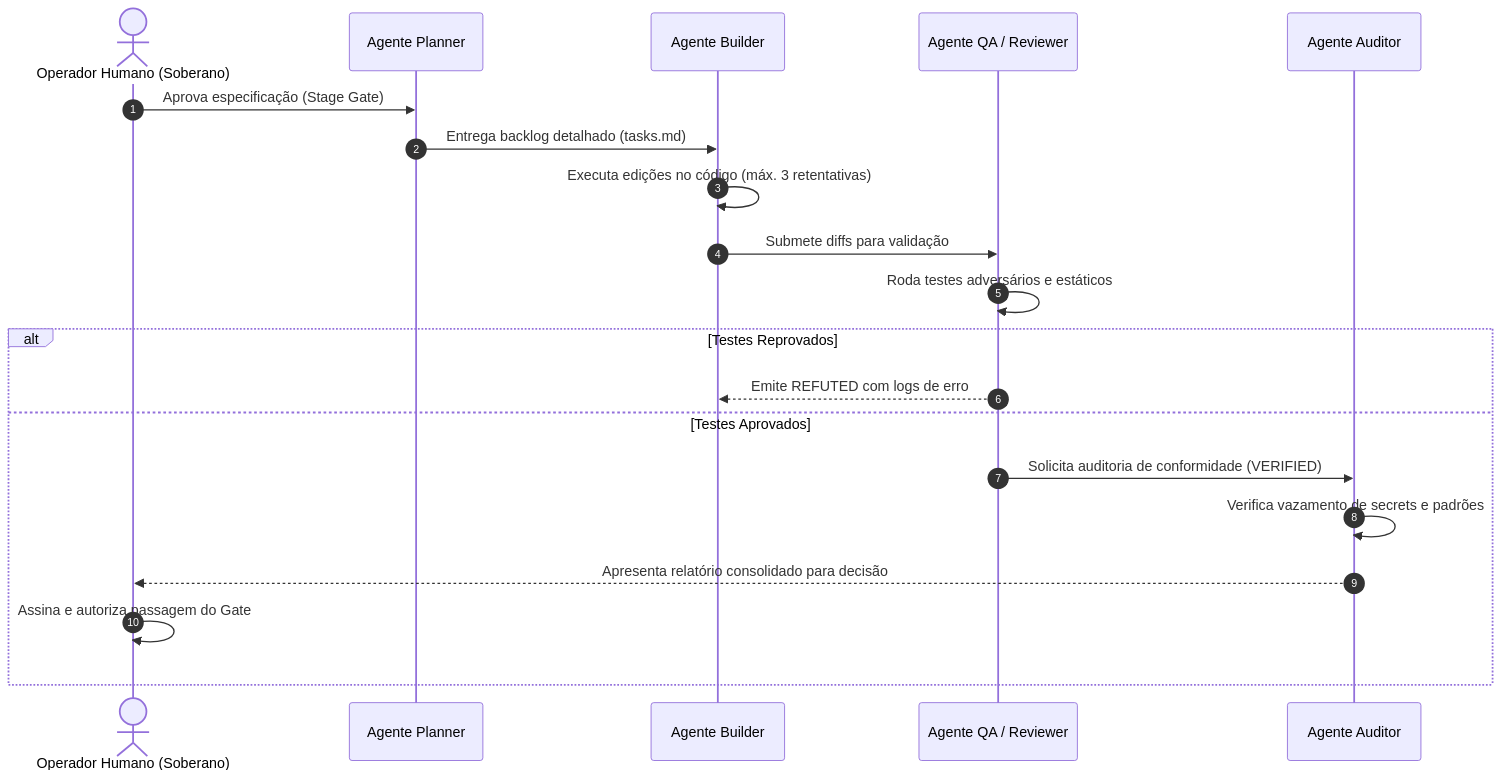
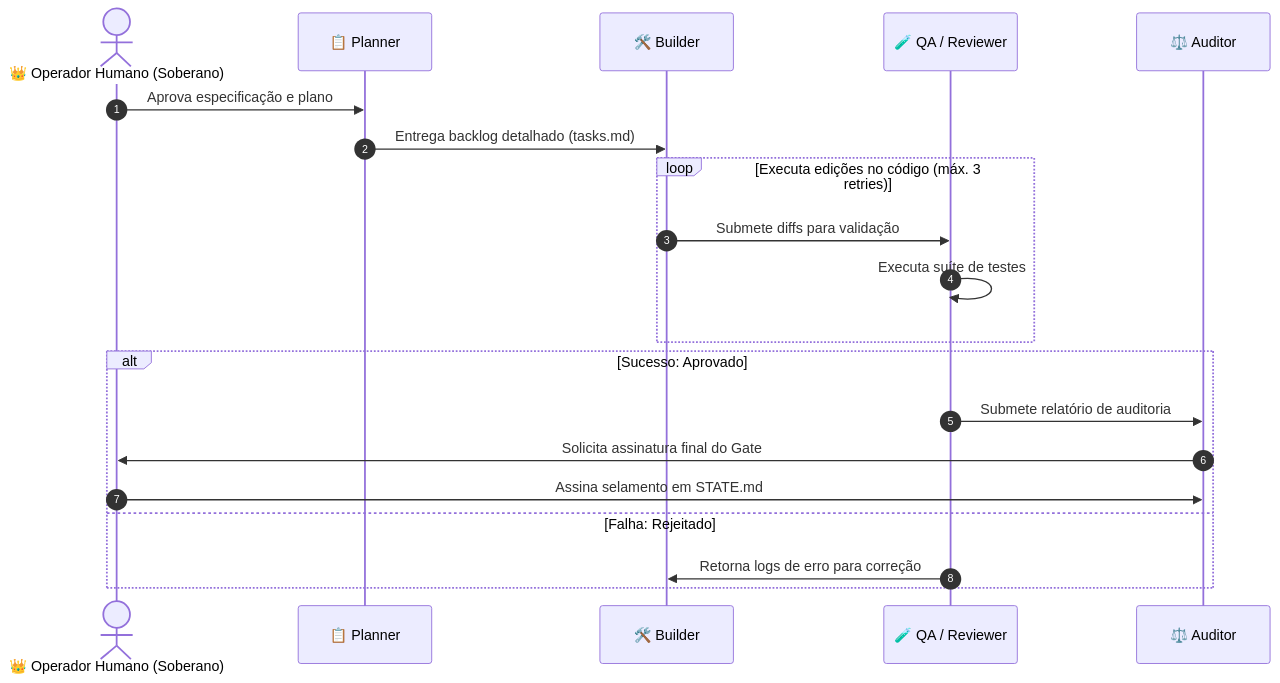
One commit to EnterDufter/PromptCoreLabs_AEOS changed the third of 4 diagrams in README.md. Above: the diagram before and after it, drawn with Mermaid. The commit also changed other lines of this file and 8 other files, not shown here.

Commit message:
docs(mermaid): padronizar 15 diagramas calibrados v7 no repo, github pages e skill cortex

````diff
--- a/README.md
+++ b/README.md
@@ -138,23 +144,23 @@
 ```mermaid
 sequenceDiagram
     autonumber
-    actor Humano as Operador Humano (Soberano)
-    participant PL as Agente Planner
-    participant BL as Agente Builder
-    participant QA as Agente QA / Reviewer
-    participant AD as Agente Auditor
-    
-    Humano->>PL: Aprova especificação (Stage Gate)
-    PL->>BL: Entrega backlog detalhado (tasks.md)
-    BL->>BL: Executa edições no código (máx. 3 retentativas)
-    BL->>QA: Submete diffs para validação
-    QA->>QA: Roda testes adversários e estáticos
-    alt Testes Reprovados
-        QA-->>BL: Emite REFUTED com logs de erro
-    else Testes Aprovados
-        QA->>AD: Solicita auditoria de conformidade (VERIFIED)
-        AD->>AD: Verifica vazamento de secrets e padrões
-        AD-->>Humano: Apresenta relatório consolidado para decisão
-        Humano->>Humano: Assina e autoriza passagem do Gate
+    actor Operador as 👑 Operador Humano (Soberano)
+    participant Planner as 📋 Planner
+    participant Builder as 🛠️ Builder
+    participant QA as 🧪 QA / Reviewer
+    participant Auditor as ⚖️ Auditor
+
+    Operador->>Planner: Aprova especificação e plano
+    Planner->>Builder: Entrega backlog detalhado (tasks.md)
+    loop Executa edições no código (máx. 3 retries)
+        Builder->>QA: Submete diffs para validação
+        QA->>QA: Executa suíte de testes
+    end
+    alt Sucesso: Aprovado
+        QA->>Auditor: Submete relatório de auditoria
+        Auditor->>Operador: Solicita assinatura final do Gate
+        Operador->>Auditor: Assina selamento em STATE.md
+    else Falha: Rejeitado
+        QA->>Builder: Retorna logs de erro para correção
     end
 ```
````
